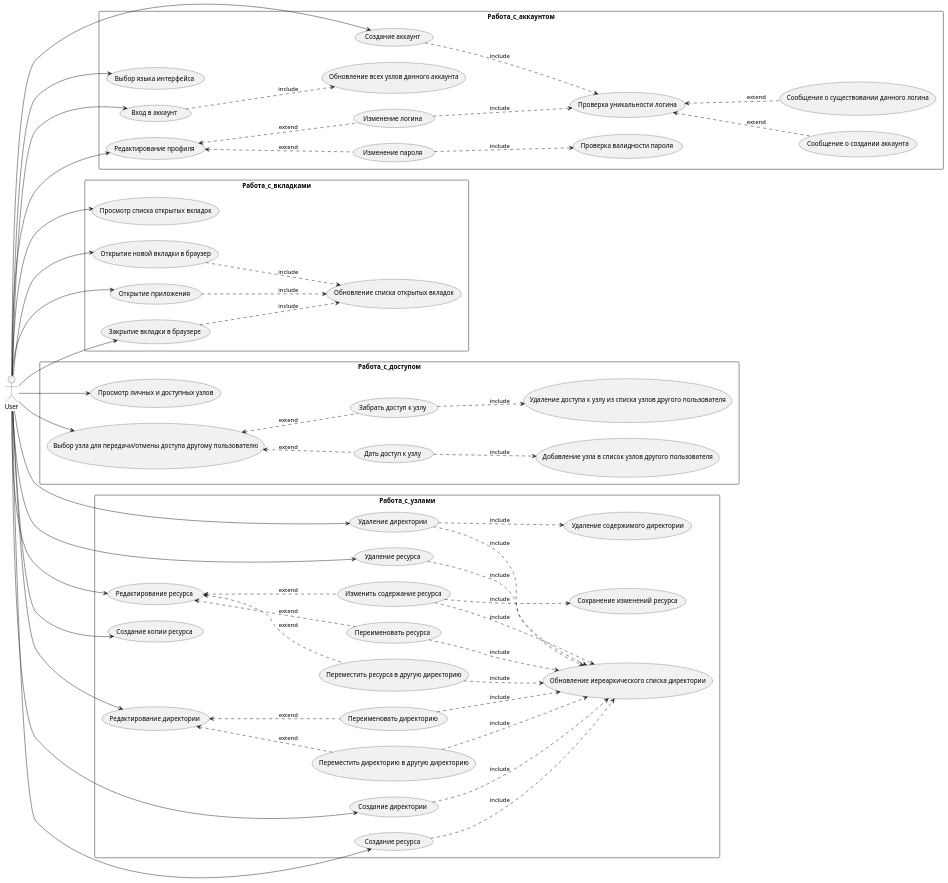
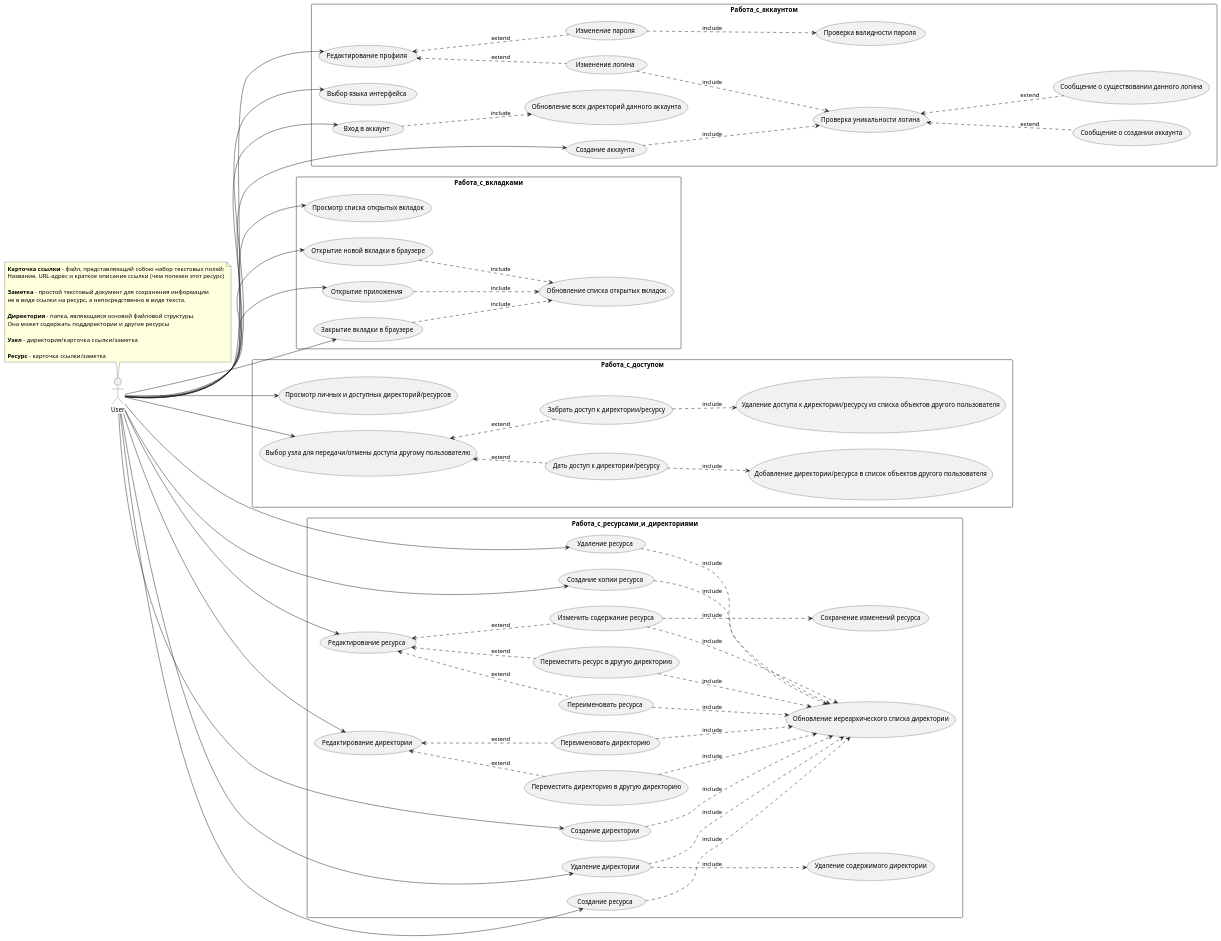
The diagram in 1. Исходные сведения/PlantUML/PlantUML Use Case.md (k-sannikov/links-arch), drawn with PlantUML before and after one commit. The commit also changed 1 other file, not shown here.

Commit message:
Добавил глоссарий в Use Case

```diff
--- a/1. Исходные сведения/PlantUML/PlantUML Use Case.md
+++ b/1. Исходные сведения/PlantUML/PlantUML Use Case.md
@@ -5,13 +5,28 @@
 
 :User: as User
 
+	note left of User
+		**Карточка ссылки** - файл, представляющий собою набор текстовых полей:
+		Название, URL-адрес и краткое описание ссылки (чем полезен этот ресурс)
+		
+		**Заметка** - простой текстовый документ для сохранения информации
+		не в виде ссылки на ресурс, а непосредственно в виде текста.
+		
+		**Директория** - папка, являющаяся основой файловой структуры. 
+		Она может содержать поддиректории и другие ресурсы
+		
+		**Узел** -  директория/карточка ссылки/заметка
+		
+		**Ресурс** - карточка ссылки/заметка
+	end note	
+
 	rectangle Работа_с_аккаунтом{
-		(Создание аккаунт) as Registr_acc
+		(Создание аккаунта) as Registr_acc
 		(Вход в аккаунт) as Enter_in_app 
 		(Проверка уникальности логина) as Login_done
 		(Сообщение о создании аккаунта) as Login_massage
 		(Сообщение о существовании данного логина) as Login_error_massage
-		(Обновление всех узлов данного аккаунта) as Reload_data
+		(Обновление всех директорий данного аккаунта) as Reload_data
 
 		(Редактирование профиля) as Edit_profil 
 		(Изменение пароля) as Edit_password 
@@ -22,13 +37,13 @@
 
 	}
 
-	rectangle Работа_с_узлами{
+	rectangle Работа_с_ресурсами_и_директориями{
 		(Создание ресурса) as Create_resurs 
 		(Удаление ресурса) as Delete_resurs
 		(Редактирование ресурса) as Redact_resurs
 		(Переименовать ресурса) as Rename_resurs
 		(Изменить содержание ресурса) as Refile_resurs
-		(Переместить ресурса в другую директорию) as Relocate_resurs
+		(Переместить ресурс в другую директорию) as Relocate_resurs
 		(Обновление иереархического списка директории) as Reload_ier
 		(Сохранение изменений ресурса) as Save_resurs
 		(Создание копии ресурса) as Copy_resurs
@@ -43,7 +58,7 @@
 
 
 	rectangle Работа_с_вкладками{
-		(Открытие новой вкладки в браузер) as Open_link 
+		(Открытие новой вкладки в браузере) as Open_link 
 		(Открытие приложения) as Open_app
 		(Закрытие вкладки в браузере) as Close_link
 		(Просмотр списка открытых вкладок) as Show_link
@@ -51,12 +66,12 @@
 	}
 
 	rectangle Работа_с_доступом{
-		(Дать доступ к узлу) as Give_dostup 
+		(Дать доступ к директории/ресурсу) as Give_dostup 
 		(Выбор узла для передачи/отмены доступа другому пользователю) as Choice_dostup
-		(Забрать доступ к узлу) as Take_dostup
-		(Просмотр личных и доступных узлов) as Show_dostup
-		(Удаление доступа к узлу из списка узлов другого пользователя) as Delete_dostup
-		(Добавление узла в список узлов другого пользователя) as Add_file
+		(Забрать доступ к директории/ресурсу) as Take_dostup
+		(Просмотр личных и доступных директорий/ресурсов) as Show_dostup
+		(Удаление доступа к директории/ресурсу из списка объектов другого пользователя) as Delete_dostup
+		(Добавление директории/ресурса в список объектов другого пользователя) as Add_file
 	}
 
 	 Choice_dostup <.. Give_dostup : extend
@@ -95,7 +110,7 @@
 	 Relocate_resurs ..> Reload_ier : include
 	 Create_resurs ..> Reload_ier : include
 	 Delete_resurs ..> Reload_ier : include
-
+	 Copy_resurs ..> Reload_ier : include
 	 Refile_resurs ..> Save_resurs : include
 
 left to right direction
```
